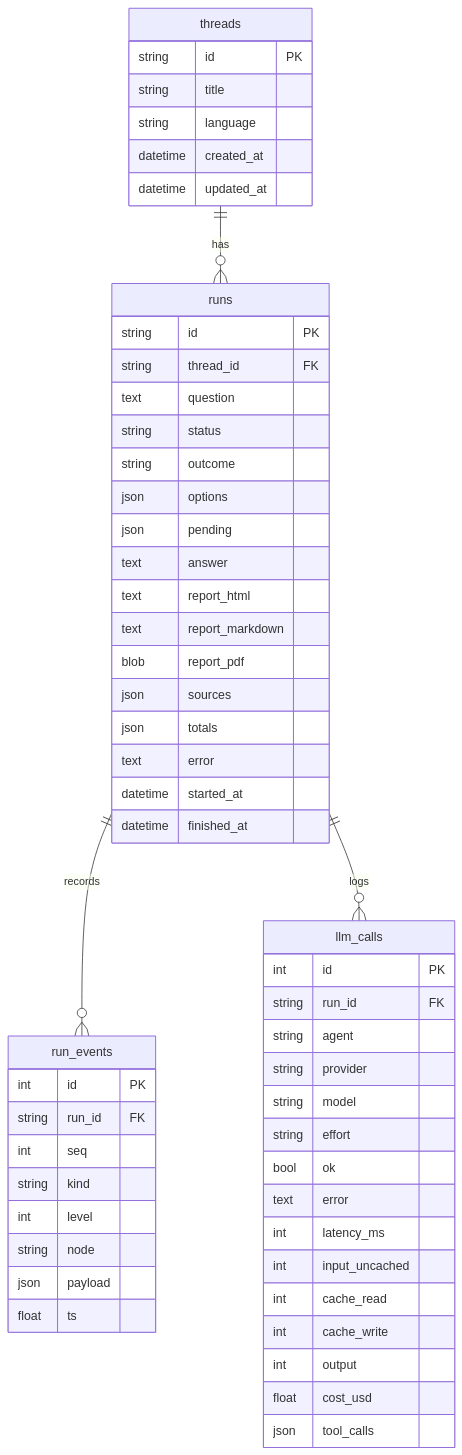
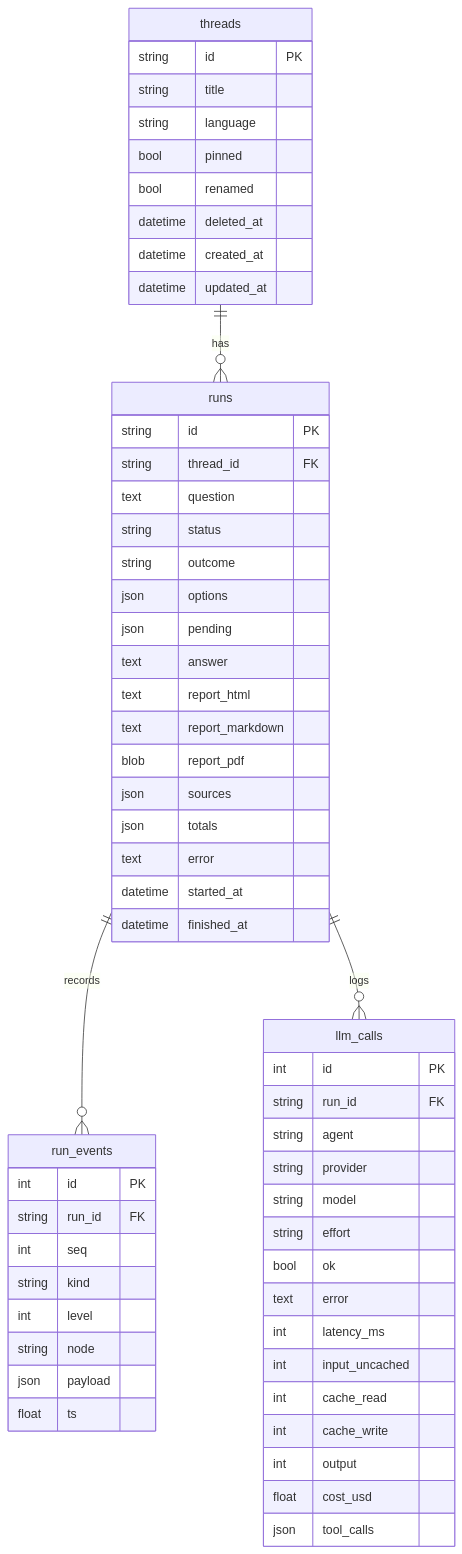
One commit to garygsw/agentic-policy-analytics changed the third of 3 diagrams in ARCHITECTURE.md. Above: the diagram before and after it, drawn with Mermaid. The commit also changed other lines of this file and 14 other files, not shown here.

````diff
--- a/ARCHITECTURE.md
+++ b/ARCHITECTURE.md
@@ -263,58 +263,61 @@
 ```mermaid
 erDiagram
   threads ||--o{ runs : has
   runs ||--o{ run_events : records
   runs ||--o{ llm_calls : logs
   threads {
     string id PK
     string title
     string language
+    bool pinned
+    bool renamed
+    datetime deleted_at
     datetime created_at
     datetime updated_at
   }
   runs {
     string id PK
     string thread_id FK
     text question
     string status
     string outcome
     json options
     json pending
     text answer
     text report_html
     text report_markdown
     blob report_pdf
     json sources
     json totals
     text error
     datetime started_at
     datetime finished_at
   }
   run_events {
     int id PK
     string run_id FK
     int seq
     string kind
     int level
     string node
     json payload
     float ts
   }
   llm_calls {
     int id PK
     string run_id FK
     string agent
     string provider
     string model
     string effort
     bool ok
     text error
     int latency_ms
     int input_uncached
     int cache_read
     int cache_write
     int output
     float cost_usd
     json tool_calls
   }
 ```
````
